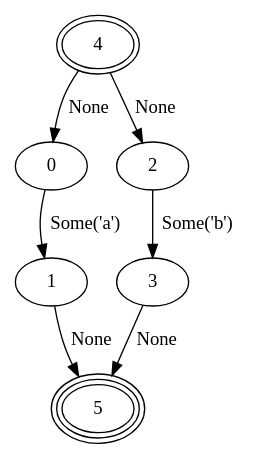
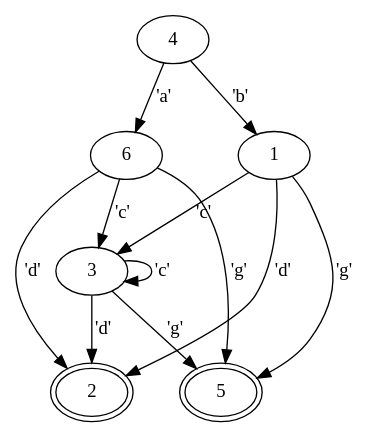
Before and after one commit to pskrgag/rregex: the diagram in out.dot, drawn with Graphviz. The commit also changed 2 other files, not shown here.

```diff
--- a/out.dot
+++ b/out.dot
@@ -1,10 +1,19 @@
 digraph G {
-5 [peripheries=3];
-4 [peripheries=2];
-1 -> 5 [ label="None" ];
-3 -> 5 [ label="None" ];
-0 -> 1 [ label="Some('a')" ];
-4 -> 0 [ label="None" ];
-4 -> 2 [ label="None" ];
-2 -> 3 [ label="Some('b')" ];
+2 [peripheries=2];
+2 [peripheries=2];
+5 [peripheries=2];
+5 [peripheries=2];
+2 [peripheries=2];
+5 [peripheries=2];
+4 -> 1 [ label="'b'" ];
+6 -> 2 [ label="'d'" ];
+6 -> 3 [ label="'c'" ];
+1 -> 5 [ label="'g'" ];
+1 -> 3 [ label="'c'" ];
+4 -> 6 [ label="'a'" ];
+3 -> 2 [ label="'d'" ];
+3 -> 5 [ label="'g'" ];
+3 -> 3 [ label="'c'" ];
+6 -> 5 [ label="'g'" ];
+1 -> 2 [ label="'d'" ];
 }
```
